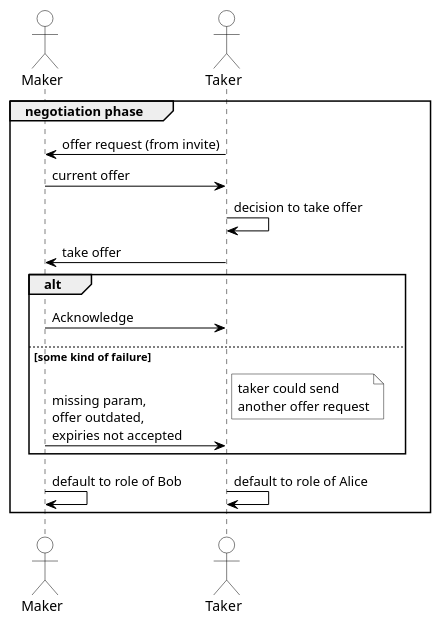
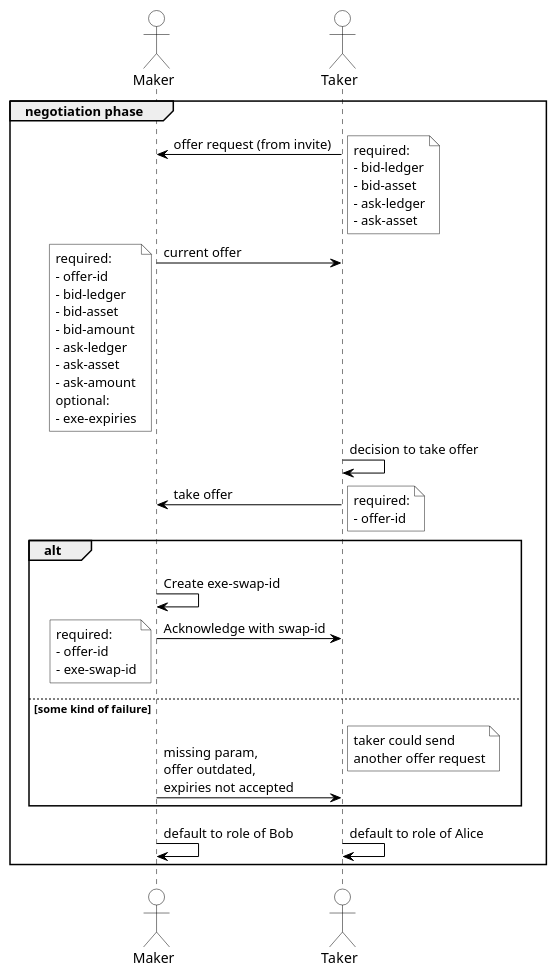
Before and after one commit to comit-network/spikes: the diagram in assets/0017-SequenceDiagram-NegotiationPhase.puml, drawn with PlantUML. The commit also changed 3 other files, not shown here.

```diff
--- a/assets/0017-SequenceDiagram-NegotiationPhase.puml
+++ b/assets/0017-SequenceDiagram-NegotiationPhase.puml
@@ -4,52 +4,81 @@
 @startuml
 ' #################################################
 ' SETTINGS: color settings of diagram
 ' #################################################
 skinparam sequence {
 	BorderColor black
 	ArrowColor black
 	ActorBorderColor black
 	LifeLineBorderColor black
 	LifeLineBackgroundColor white
 	
 	ParticipantBorderColor black
 	ParticipantBackgroundColor white
 	ParticipantFontColor black
 	
 	ActorBackgroundColor white
 	ActorFontColor black
 }
 ' #################################################
 ' ACTORS
 ' #################################################
 actor Maker as M
 ' participant "app\nMaker" as TM
 ' participant "Social\nMedia" as I
 ' participant "app\nTaker" as TT
 actor Taker as T
 
 ' allow parallelism
 !pragma teoz true
 
 ' #################################################
 ' DIAGRAM
 ' #################################################
 group negotiation phase
     T->M: offer request (from invite)
+    note right #white
+        required:
+        - bid-ledger
+        - bid-asset
+        - ask-ledger
+        - ask-asset
+    end note
     M->T: current offer
+    note left #white
+        required:
+        - offer-id
+        - bid-ledger
+        - bid-asset
+        - bid-amount
+        - ask-ledger
+        - ask-asset
+        - ask-amount
+        optional:
+        - exe-expiries
+    end note
     T->T: decision to take offer
     T->M: take offer
+    note right #white
+        required:
+        - offer-id
+    end note
     alt
-        M->T: Acknowledge
+        M->M: Create exe-swap-id
+        M->T: Acknowledge with swap-id
+        note left #white
+            required:
+            - offer-id
+            - exe-swap-id
+        end note
     else some kind of failure
         M->T: \nmissing param,\noffer outdated,\nexpiries not accepted
         note right #white
             taker could send
             another offer request
         end note
     end
     T->T: default to role of Alice
     & M->M: default to role of Bob
 end
 
 @enduml
```
